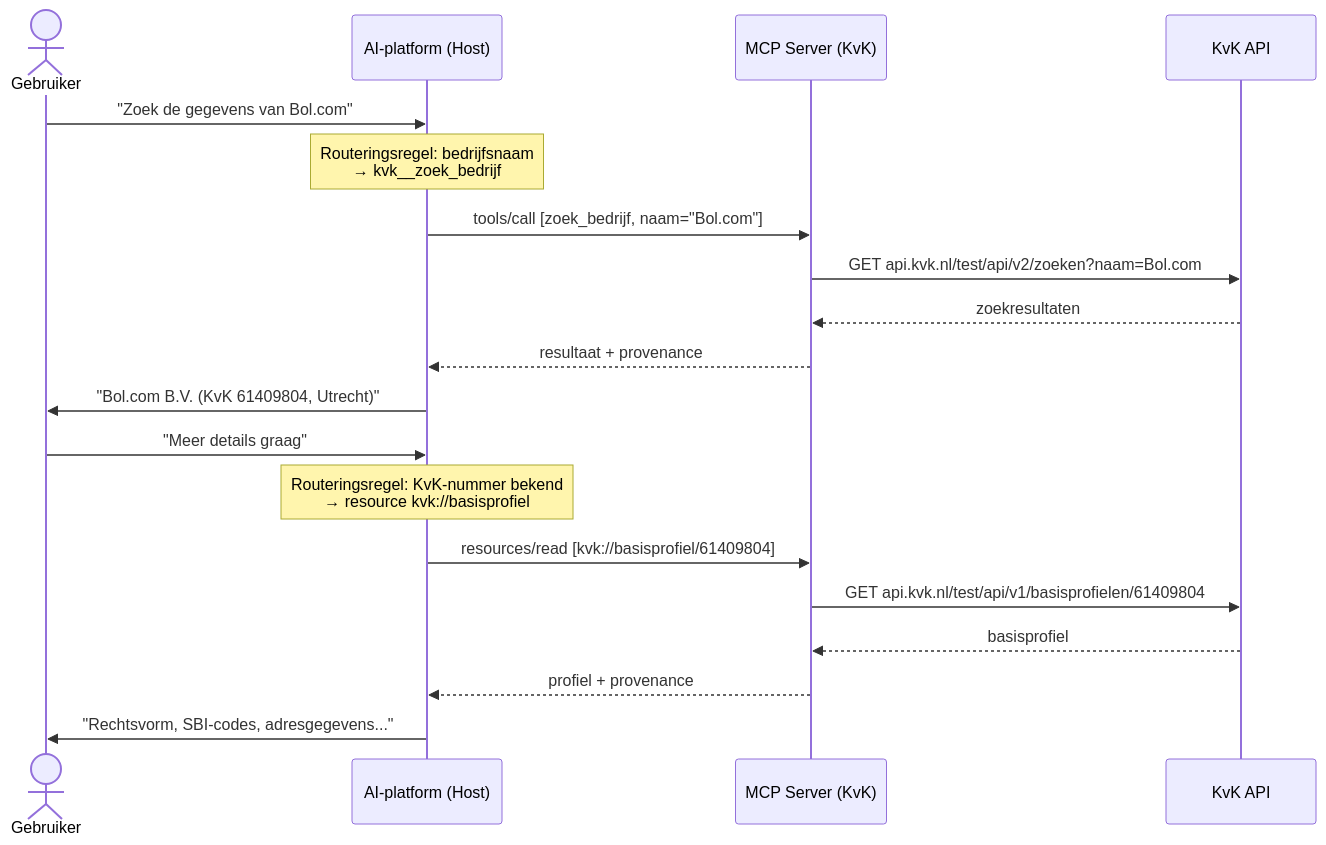
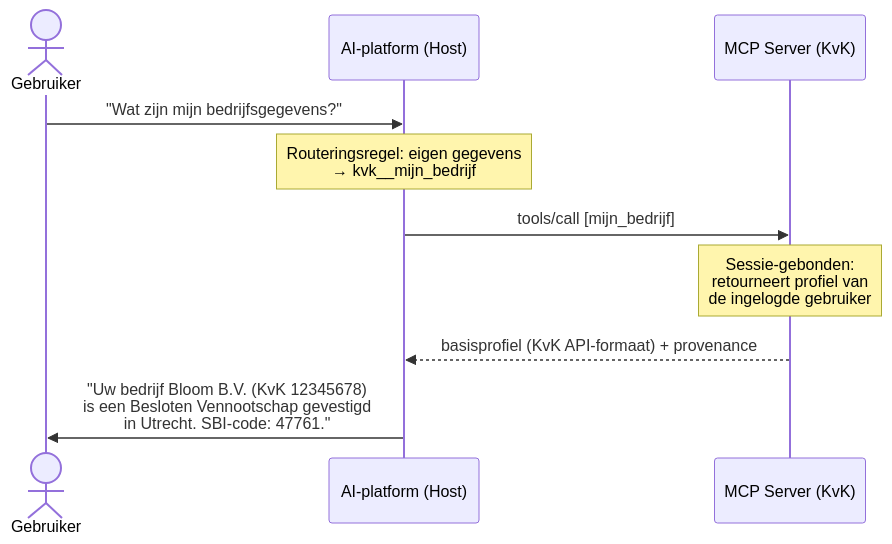
Before and after one commit to MinBZK/poc-moza: the second of 5 diagrams in mcp/README.md, drawn with Mermaid. The commit also changed other lines of this file and 5 other files, not shown here.

Commit message:
feat: add regelrecht mcp + test-data instead of KVK-API

````diff
--- a/mcp/README.md
+++ b/mcp/README.md
@@ -98,23 +96,13 @@
 ```mermaid
 sequenceDiagram
     actor Gebruiker
     participant Host as AI-platform (Host)
     participant KvK as MCP Server (KvK)
-    participant API as KvK API
 
-    Gebruiker->>Host: "Zoek de gegevens van Bol.com"
-    Note over Host: Routeringsregel: bedrijfsnaam<br/>→ kvk__zoek_bedrijf
-    Host->>KvK: tools/call [zoek_bedrijf, naam="Bol.com"]
-    KvK->>API: GET api.kvk.nl/test/api/v2/zoeken?naam=Bol.com
-    API-->>KvK: zoekresultaten
-    KvK-->>Host: resultaat + provenance
-    Host->>Gebruiker: "Bol.com B.V. (KvK 61409804, Utrecht)"
-
-    Gebruiker->>Host: "Meer details graag"
-    Note over Host: Routeringsregel: KvK-nummer bekend<br/>→ resource kvk://basisprofiel
-    Host->>KvK: resources/read [kvk://basisprofiel/61409804]
-    KvK->>API: GET api.kvk.nl/test/api/v1/basisprofielen/61409804
-    API-->>KvK: basisprofiel
-    KvK-->>Host: profiel + provenance
-    Host->>Gebruiker: "Rechtsvorm, SBI-codes, adresgegevens..."
+    Gebruiker->>Host: "Wat zijn mijn bedrijfsgegevens?"
+    Note over Host: Routeringsregel: eigen gegevens<br/>→ kvk__mijn_bedrijf
+    Host->>KvK: tools/call [mijn_bedrijf]
+    Note over KvK: Sessie-gebonden:<br/>retourneert profiel van<br/>de ingelogde gebruiker
+    KvK-->>Host: basisprofiel (KvK API-formaat) + provenance
+    Host->>Gebruiker: "Uw bedrijf Bloom B.V. (KvK 12345678)<br/>is een Besloten Vennootschap gevestigd<br/>in Utrecht. SBI-code: 47761."
 ```
````
